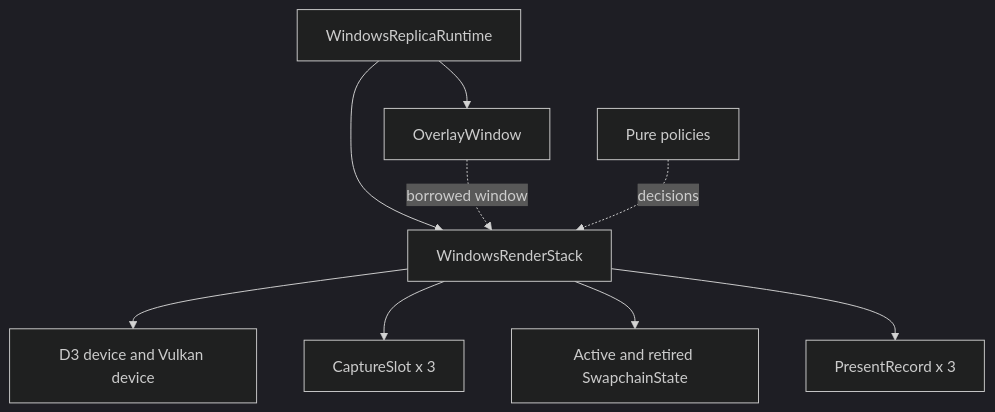
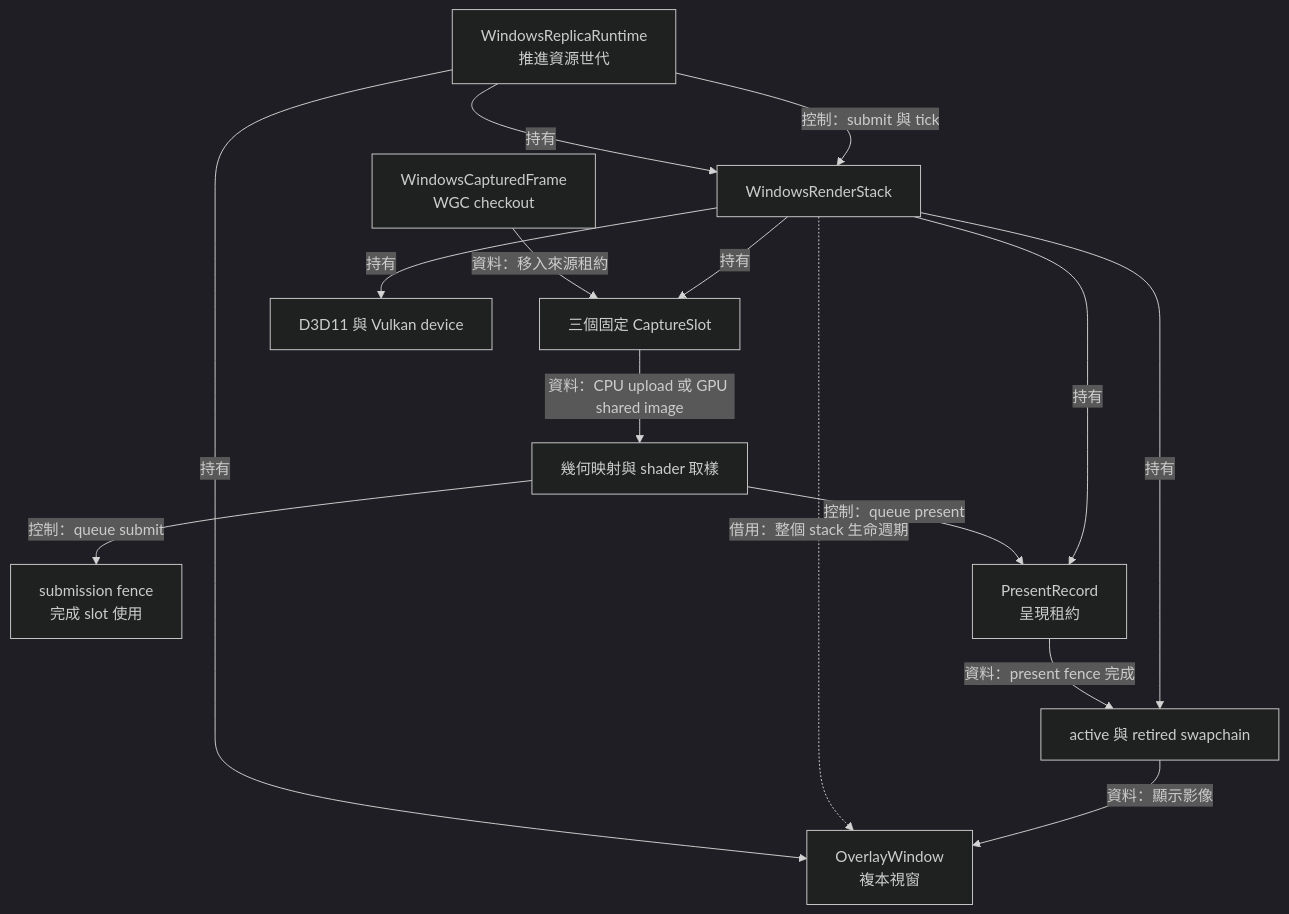
The first of 9 diagrams in docs/architecture/renderer.md (Mes0903/avb0795), drawn with Mermaid (dark theme) before and after one commit. The commit also changed other lines of this file and 156 other files, not shown here.

````diff
--- a/docs/architecture/renderer.md
+++ b/docs/architecture/renderer.md
@@ -11,11 +3,17 @@
 ```mermaid
 flowchart TB
-    Runtime[WindowsReplicaRuntime] --> Stack[WindowsRenderStack]
-    Runtime --> Overlay[OverlayWindow]
-    Overlay -. borrowed window .-> Stack
-    Stack --> Devices[D3 device and Vulkan device]
-    Stack --> Slots[CaptureSlot x 3]
-    Stack --> WSI[Active and retired SwapchainState]
-    Stack --> Presents[PresentRecord x 3]
-    Policies[Pure policies] -. decisions .-> Stack
+    Runtime[WindowsReplicaRuntime<br/>推進資源世代] -->|持有| Stack[WindowsRenderStack]
+    Runtime -->|持有| Overlay[OverlayWindow<br/>複本視窗]
+    Stack -.->|借用：整個 stack 生命週期| Overlay
+    Runtime -->|控制：submit 與 tick| Stack
+    Capture[WindowsCapturedFrame<br/>WGC checkout] -->|資料：移入來源租約| Slots[三個固定 CaptureSlot]
+    Stack -->|持有| Slots
+    Stack -->|持有| Devices[D3D11 與 Vulkan device]
+    Slots -->|資料：CPU upload 或 GPU shared image| Draw[幾何映射與 shader 取樣]
+    Draw -->|控制：queue submit| Submission[submission fence<br/>完成 slot 使用]
+    Draw -->|控制：queue present| Present[PresentRecord<br/>呈現租約]
+    Stack -->|持有| Present
+    Present -->|資料：present fence 完成| WSI[active 與 retired swapchain]
+    Stack -->|持有| WSI
+    WSI -->|資料：顯示影像| Overlay
 ```
````
